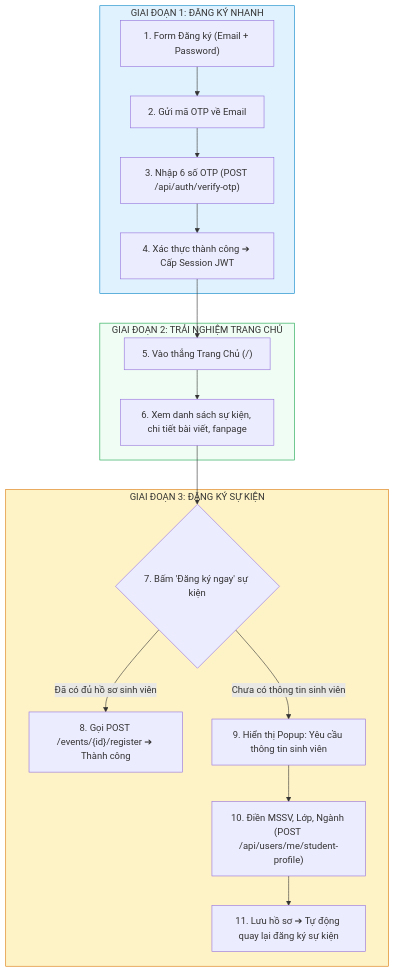
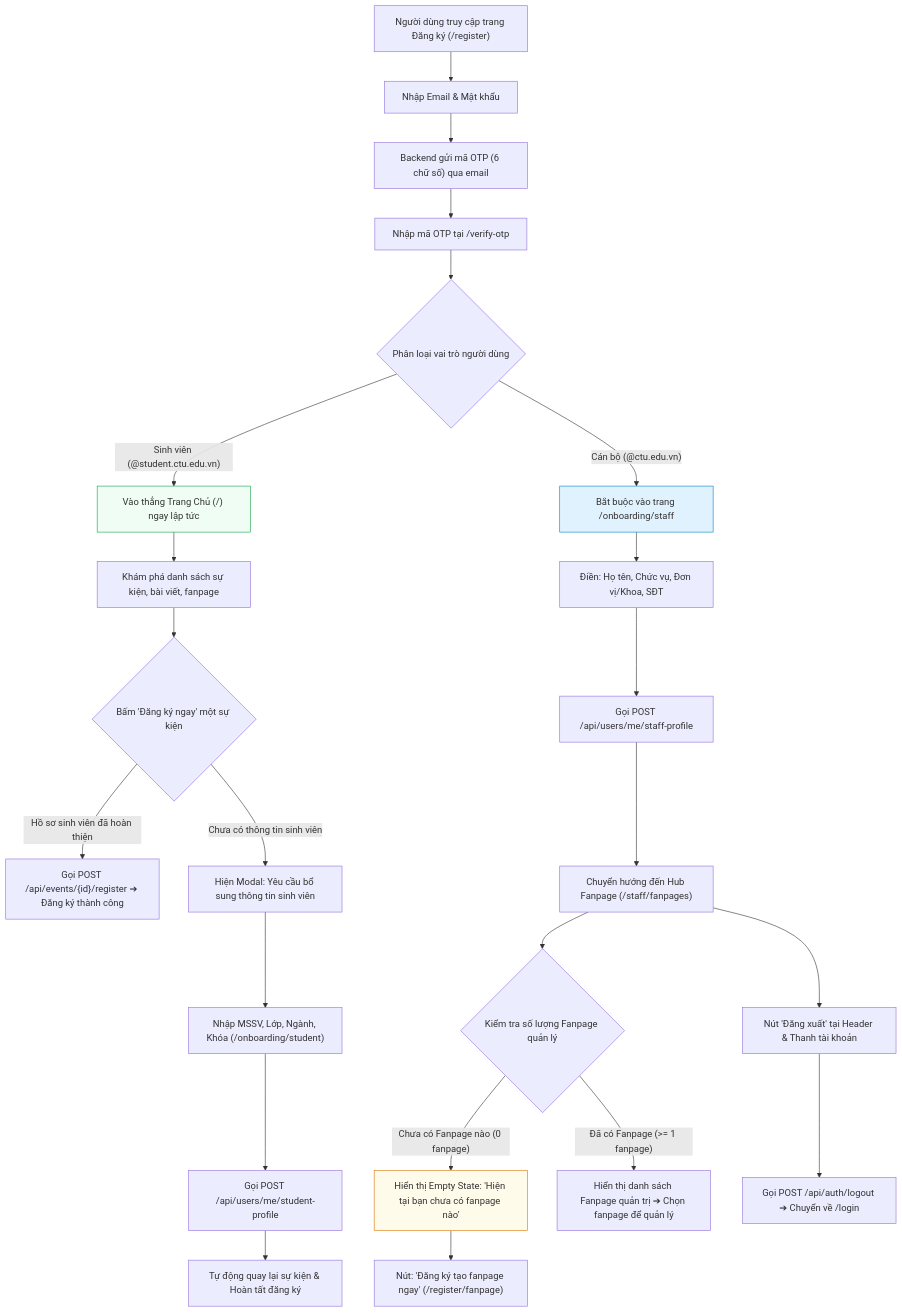
One commit to shrimpTVN/Event-Management-Frontend changed the first of 3 diagrams in docs/deferred_student_onboarding_flow.md. Above: the diagram before and after it, drawn with Mermaid. The commit also changed other lines of this file, not shown here.

Commit message:
docs: update registration and onboarding flow spec with staff fanpage hub and logout

````diff
--- a/docs/deferred_student_onboarding_flow.md
+++ b/docs/deferred_student_onboarding_flow.md
@@ -23,25 +26,35 @@
 ```mermaid
 flowchart TD
-    subgraph GiaiDoan1["GIAI ĐOẠN 1: ĐĂNG KÝ NHANH"]
-        A["1. Form Đăng ký (Email + Password)"] --> B["2. Gửi mã OTP về Email"]
-        B --> C["3. Nhập 6 số OTP (POST /api/auth/verify-otp)"]
-        C --> D["4. Xác thực thành công ➔ Cấp Session JWT"]
-    end
+    Start["Người dùng truy cập trang Đăng ký (/register)"] --> InputCreds["Nhập Email & Mật khẩu"]
+    InputCreds --> SendOTP["Backend gửi mã OTP (6 chữ số) qua email"]
+    SendOTP --> VerifyOTP["Nhập mã OTP tại /verify-otp"]
+    VerifyOTP --> CheckRole{"Phân loại vai trò người dùng"}
 
-    subgraph GiaiDoan2["GIAI ĐOẠN 2: TRẢI NGHIỆM TRANG CHỦ"]
-        D --> E["5. Vào thẳng Trang Chủ (/)"]
-        E --> F["6. Xem danh sách sự kiện, chi tiết bài viết, fanpage"]
-    end
+    %% Nhánh Sinh viên
+    CheckRole -- "Sinh viên (@student.ctu.edu.vn)" --> HomeDirect["Vào thẳng Trang Chủ (/) ngay lập tức"]
+    HomeDirect --> BrowseEvents["Khám phá danh sách sự kiện, bài viết, fanpage"]
+    BrowseEvents --> ClickRegister{"Bấm 'Đăng ký ngay' một sự kiện"}
+    ClickRegister -- "Hồ sơ sinh viên đã hoàn thiện" --> CallRegisterApi["Gọi POST /api/events/{id}/register ➔ Đăng ký thành công"]
+    ClickRegister -- "Chưa có thông tin sinh viên" --> PromptProfile["Hiện Modal: Yêu cầu bổ sung thông tin sinh viên"]
+    PromptProfile --> FillStudentForm["Nhập MSSV, Lớp, Ngành, Khóa (/onboarding/student)"]
+    FillStudentForm --> SaveStudentProfile["Gọi POST /api/users/me/student-profile"]
+    SaveStudentProfile --> ReturnAndRegister["Tự động quay lại sự kiện & Hoàn tất đăng ký"]
 
-    subgraph GiaiDoan3["GIAI ĐOẠN 3: ĐĂNG KÝ SỰ KIỆN"]
-        F --> G{"7. Bấm 'Đăng ký ngay' sự kiện"}
-        G -- "Đã có đủ hồ sơ sinh viên" --> H["8. Gọi POST /events/{id}/register ➔ Thành công"]
-        G -- "Chưa có thông tin sinh viên" --> I["9. Hiển thị Popup: Yêu cầu thông tin sinh viên"]
-        I --> J["10. Điền MSSV, Lớp, Ngành (POST /api/users/me/student-profile)"]
-        J --> K["11. Lưu hồ sơ ➔ Tự động quay lại đăng ký sự kiện"]
-    end
+    %% Nhánh Cán bộ
+    CheckRole -- "Cán bộ (@ctu.edu.vn)" --> RequireStaffProfile["Bắt buộc vào trang /onboarding/staff"]
+    RequireStaffProfile --> FillStaffForm["Điền: Họ tên, Chức vụ, Đơn vị/Khoa, SĐT"]
+    FillStaffForm --> SaveStaffProfile["Gọi POST /api/users/me/staff-profile"]
+    SaveStaffProfile --> GoStaffHub["Chuyển hướng đến Hub Fanpage (/staff/fanpages)"]
+    
+    GoStaffHub --> QueryMyFanpages{"Kiểm tra số lượng Fanpage quản lý"}
+    QueryMyFanpages -- "Chưa có Fanpage nào (0 fanpage)" --> EmptyStateHub["Hiển thị Empty State: 'Hiện tại bạn chưa có fanpage nào'"]
+    EmptyStateHub --> BtnCreateFP["Nút: 'Đăng ký tạo fanpage ngay' (/register/fanpage)"]
+    QueryMyFanpages -- "Đã có Fanpage (>= 1 fanpage)" --> ListFanpages["Hiển thị danh sách Fanpage quản trị ➔ Chọn fanpage để quản lý"]
+    
+    GoStaffHub --> LogoutOption["Nút 'Đăng xuất' tại Header & Thanh tài khoản"]
+    LogoutOption --> ExecLogout["Gọi POST /api/auth/logout ➔ Chuyển về /login"]
 
-    style GiaiDoan1 fill:#e0f2fe,stroke:#0284c7
-    style GiaiDoan2 fill:#f0fdf4,stroke:#16a34a
-    style GiaiDoan3 fill:#fef3c7,stroke:#d97706
+    style HomeDirect fill:#f0fdf4,stroke:#16a34a
+    style RequireStaffProfile fill:#e0f2fe,stroke:#0284c7
+    style EmptyStateHub fill:#fffbeb,stroke:#d97706
 ```
````
